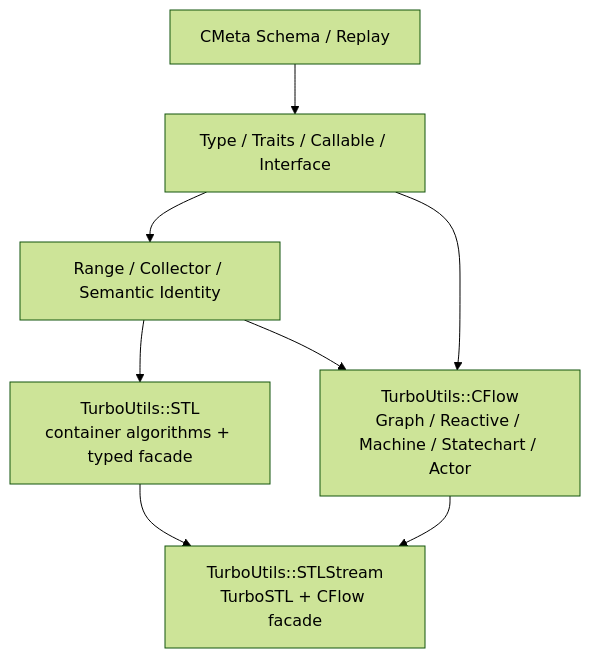
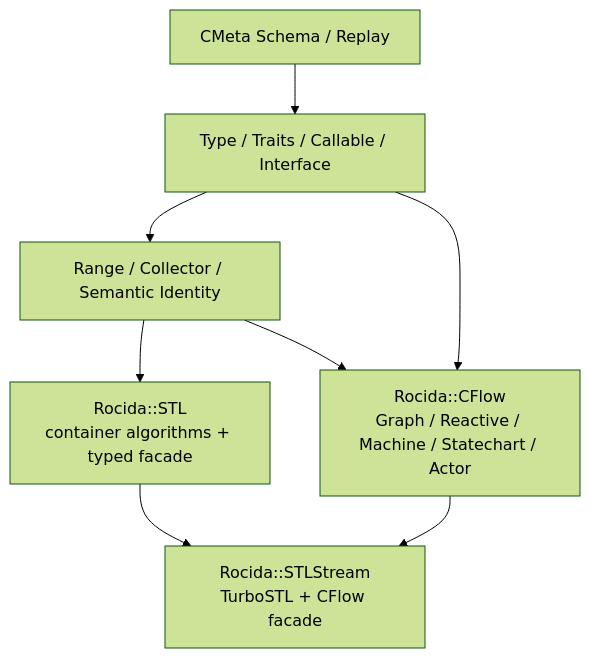
One commit to qigao/salts changed the first of 3 diagrams in book/第十五章：从 Macro Reuse 到 Typed Computation——CMeta - CFlow 对 Modern C 的真正意义.md. Above: the diagram before and after it, drawn with Mermaid (forest theme). The commit also changed other lines of this file and 115 other files, not shown here.

````diff
--- a/book/第十五章：从 Macro Reuse 到 Typed Computation——CMeta - CFlow 对 Modern C 的真正意义.md
+++ b/book/第十五章：从 Macro Reuse 到 Typed Computation——CMeta - CFlow 对 Modern C 的真正意义.md
@@ -130,16 +130,16 @@
 ```mermaid
 flowchart TD
     PP["CMeta Schema / Replay"]
     SEM["Type / Traits / Callable / Interface"]
     PROTO["Range / Collector / Semantic Identity"]
-    STL["TurboUtils::STL<br/>container algorithms + typed facade"]
-    FLOW["TurboUtils::CFlow<br/>Graph / Reactive / Machine / Statechart / Actor"]
-    STLS["TurboUtils::STLStream<br/>TurboSTL + CFlow facade"]
+    STL["Rocida::STL<br/>container algorithms + typed facade"]
+    FLOW["Rocida::CFlow<br/>Graph / Reactive / Machine / Statechart / Actor"]
+    STLS["Rocida::STLStream<br/>TurboSTL + CFlow facade"]
 
     PP --> SEM --> PROTO
     PROTO --> STL
     SEM --> FLOW
     PROTO --> FLOW
     STL --> STLS
     FLOW --> STLS
 ```
````
